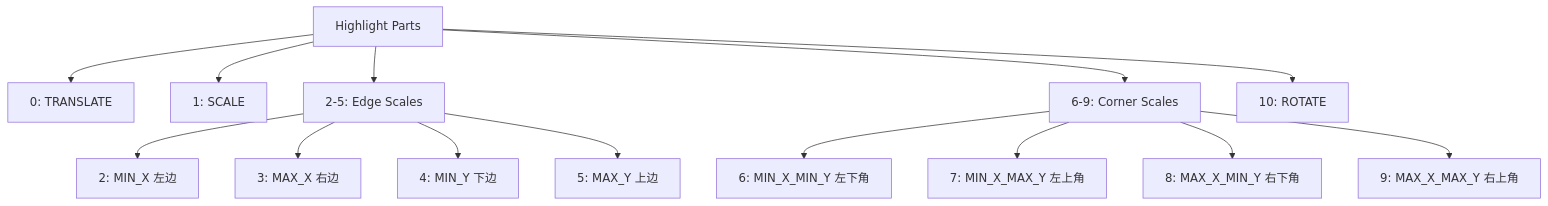
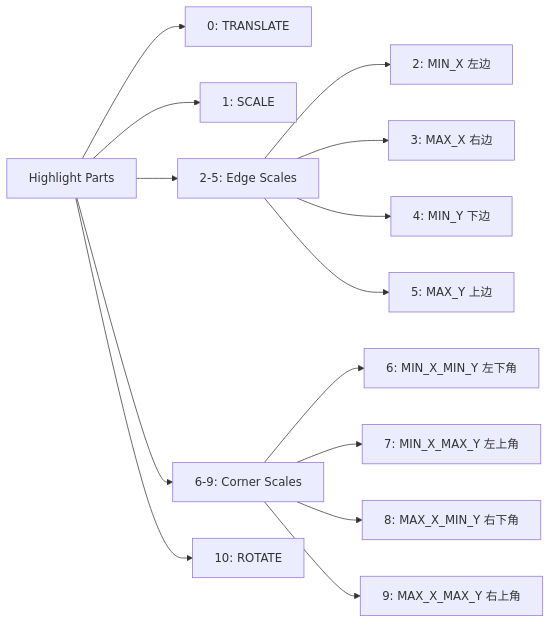
One commit to yunkezengren/blender-.vscode changed the third of 6 diagrams in 杂/markdown/Gizmo-oc/07.Cage-2D-Gizmo完全指南.md. Above: the diagram before and after it, drawn with Mermaid. The commit also changed other lines of this file and 7 other files, not shown here.

````diff
--- a/杂/markdown/Gizmo-oc/07.Cage-2D-Gizmo完全指南.md
+++ b/杂/markdown/Gizmo-oc/07.Cage-2D-Gizmo完全指南.md
@@ -245,18 +300,18 @@
 ```mermaid
-graph TD
+graph LR
     A[Highlight Parts] --> B[0: TRANSLATE]
     A --> C[1: SCALE]
     A --> D[2-5: Edge Scales]
     A --> E[6-9: Corner Scales]
     A --> F[10: ROTATE]
 
     D --> D1[2: MIN_X 左边]
     D --> D2[3: MAX_X 右边]
     D --> D3[4: MIN_Y 下边]
     D --> D4[5: MAX_Y 上边]
 
     E --> E1[6: MIN_X_MIN_Y 左下角]
     E --> E2[7: MIN_X_MAX_Y 左上角]
     E --> E3[8: MAX_X_MIN_Y 右下角]
     E --> E4[9: MAX_X_MAX_Y 右上角]
 ```
````
